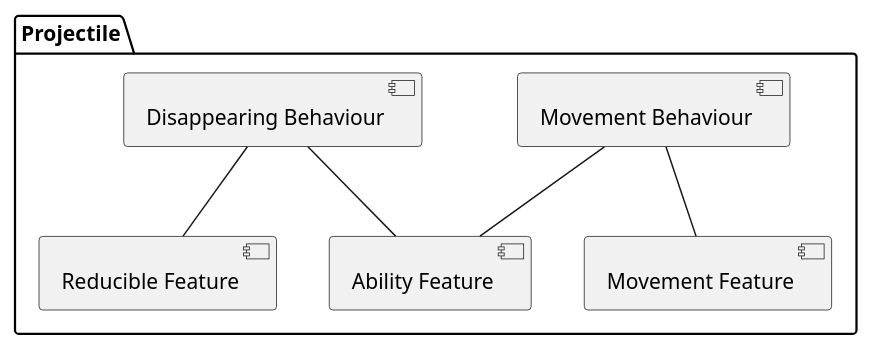
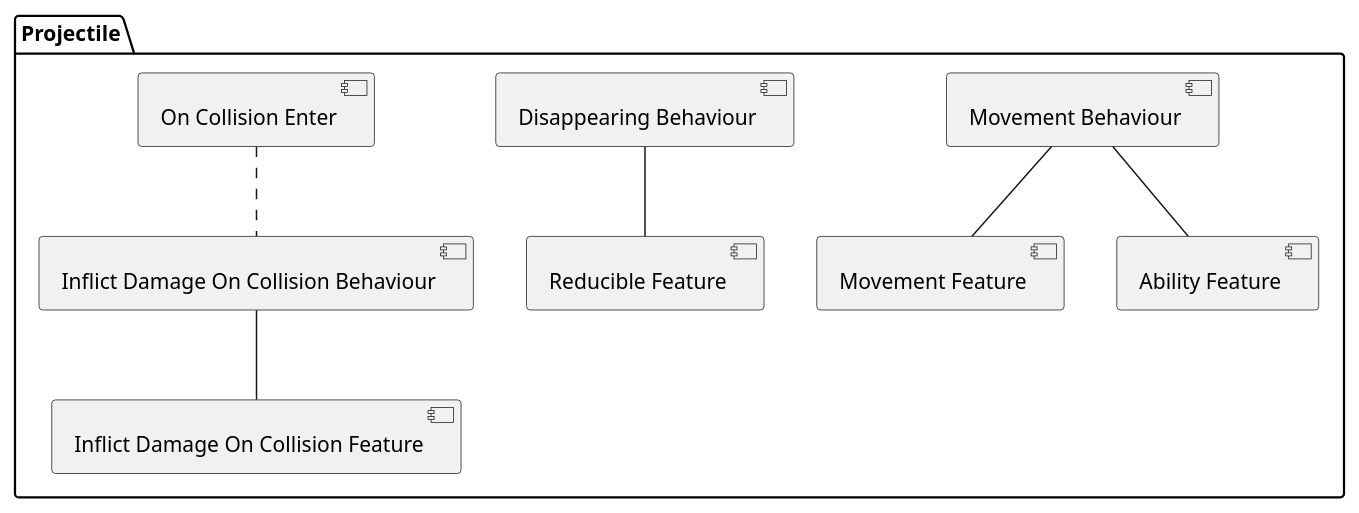
One commit to Famoose/marine-survivors changed the diagram in docs/01_Implementation/Prefabs/AbstractProjectile.puml. Above: the diagram before and after it, drawn with PlantUML. The commit also changed 9 other files, not shown here.

Commit message:
Refactor on death, new diagrams

```diff
--- a/docs/01_Implementation/Prefabs/AbstractProjectile.puml
+++ b/docs/01_Implementation/Prefabs/AbstractProjectile.puml
@@ -1,17 +1,23 @@
 @startuml
 
 package Projectile {
     [Movement Behaviour] as movementBeh
     [Disappearing Behaviour] as disappearingBeh
+    [Inflict Damage On Collision Behaviour] as inflictDamageBeh
     [Movement Feature] as movementFea
     [Reducible Feature] as reducibleFea
     [Ability Feature] as abilityFea
+    [Inflict Damage On Collision Feature] as inflictDamageFea
+    [On Collision Enter] as onCollisionEnter
 }
 
 movementBeh -- movementFea
 movementBeh -- abilityFea
 
 disappearingBeh -- reducibleFea
-disappearingBeh -- abilityFea
+
+inflictDamageBeh -- inflictDamageFea
+
+onCollisionEnter .. inflictDamageBeh
 
 @enduml
```
